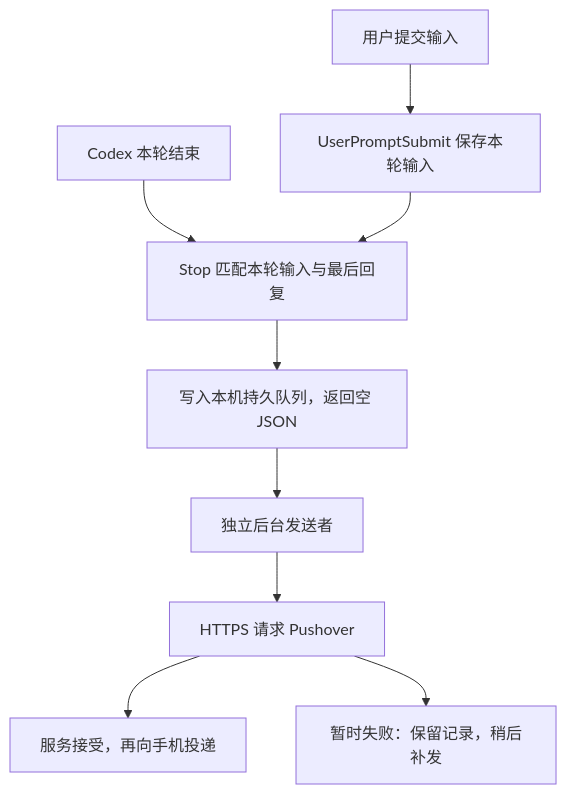
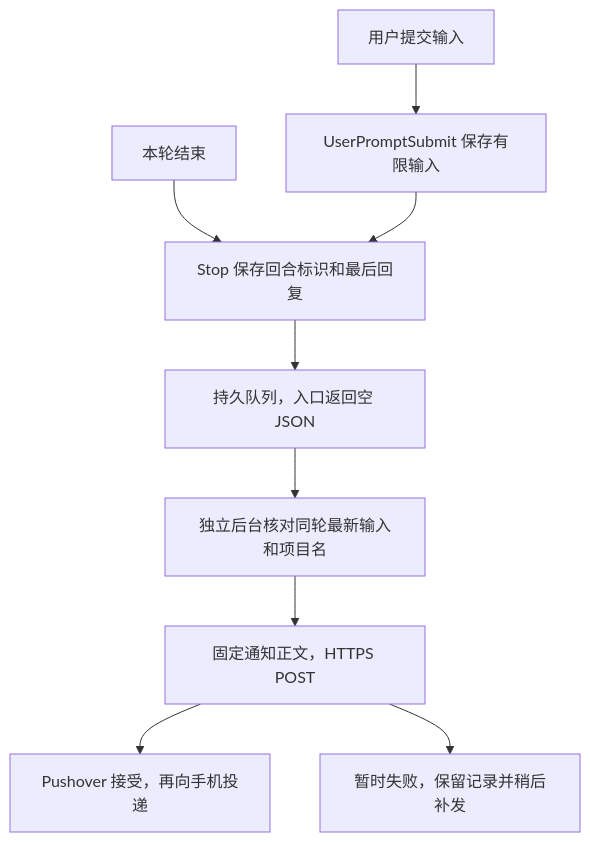
Before and after one commit to LeiGuo0812/howard-notes: the diagram in library/notes/网页新建/note-19709dfa-9c91-4182-8803-aff6de32e0d8.md, drawn with Mermaid. The commit also changed other lines of this file and 1 other file, not shown here.

Commit message:
Publish: Codex 桌面版手机通知：从零配置

````diff
--- a/library/notes/网页新建/note-19709dfa-9c91-4182-8803-aff6de32e0d8.md
+++ b/library/notes/网页新建/note-19709dfa-9c91-4182-8803-aff6de32e0d8.md
@@ -25,11 +25,11 @@
 ```mermaid
 flowchart TD
-    A[用户提交输入] --> B[UserPromptSubmit 保存本轮输入]
-    C[Codex 本轮结束] --> D[Stop 匹配本轮输入与最后回复]
+    A[用户提交输入] --> B[UserPromptSubmit 保存有限输入]
+    C[本轮结束] --> D[Stop 保存回合标识和最后回复]
     B --> D
-    D --> E[写入本机持久队列，返回空 JSON]
-    E --> F[独立后台发送者]
-    F --> G[HTTPS 请求 Pushover]
-    G --> H[服务接受，再向手机投递]
-    G --> I[暂时失败：保留记录，稍后补发]
+    D --> E[持久队列，入口返回空 JSON]
+    E --> F[独立后台核对同轮最新输入和项目名]
+    F --> G[固定通知正文，HTTPS POST]
+    G --> H[Pushover 接受，再向手机投递]
+    G --> I[暂时失败，保留记录并稍后补发]
 ```
````
